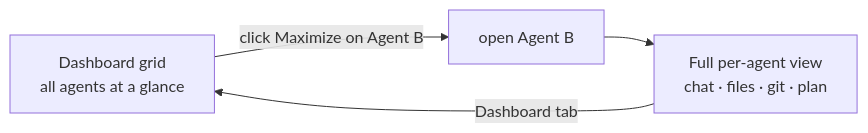
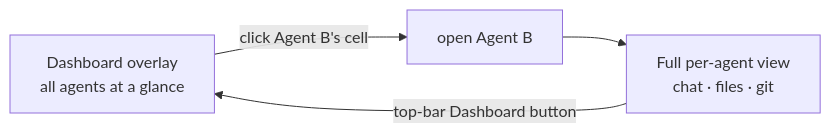
The second of 2 diagrams in plans/agent-dashboard-ux.md (mirceta/birocode), drawn with Mermaid before and after one commit. The commit also changed other lines of this file and 13 other files, not shown here.

First line of the commit message:
feat: redirect Agent dashboard to a top-bar full-screen overlay

````diff
--- a/plans/agent-dashboard-ux.md
+++ b/plans/agent-dashboard-ux.md
@@ -59,6 +66,6 @@
 ```mermaid
 flowchart LR
-  G["Dashboard grid<br/>all agents at a glance"] -->|click Maximize on Agent B| M["open Agent B"]
-  M --> S["Full per-agent view<br/>chat · files · git · plan"]
-  S -->|Dashboard tab| G
+  G["Dashboard overlay<br/>all agents at a glance"] -->|click Agent B's cell| M["open Agent B"]
+  M --> S["Full per-agent view<br/>chat · files · git"]
+  S -->|top-bar Dashboard button| G
 ```
````
